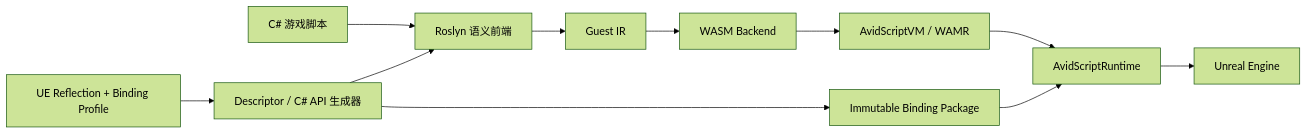
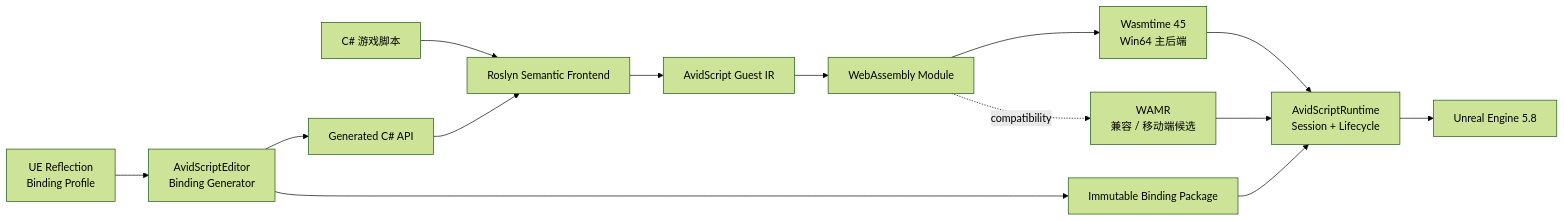
Before and after one commit to Avidel-zzz/AvidScript: the first of 2 diagrams in README.md, drawn with Mermaid (forest theme). The commit also changed other lines of this file and 3 other files, not shown here.

````diff
--- a/README.md
+++ b/README.md
@@ -61,13 +151,18 @@
 ```mermaid
 flowchart LR
-    CSharp["C# 游戏脚本"] --> Roslyn["Roslyn 语义前端"]
-    Profile["UE Reflection + Binding Profile"] --> Generator["Descriptor / C# API 生成器"]
-    Generator --> Roslyn
-    Roslyn --> IR["Guest IR"]
-    IR --> Wasm["WASM Backend"]
-    Wasm --> WAMR["AvidScriptVM / WAMR"]
+    Reflection["UE Reflection<br/>Binding Profile"] --> Generator["AvidScriptEditor<br/>Binding Generator"]
+    Generator --> API["Generated C# API"]
     Generator --> Package["Immutable Binding Package"]
-    Package --> Runtime["AvidScriptRuntime"]
+
+    Script["C# 游戏脚本"] --> Roslyn["Roslyn Semantic Frontend"]
+    API --> Roslyn
+    Roslyn --> IR["AvidScript Guest IR"]
+    IR --> Wasm["WebAssembly Module"]
+
+    Wasm --> Wasmtime["Wasmtime 45<br/>Win64 主后端"]
+    Wasm -. compatibility .-> WAMR["WAMR<br/>兼容 / 移动端候选"]
+    Wasmtime --> Runtime["AvidScriptRuntime<br/>Session + Lifecycle"]
     WAMR --> Runtime
-    Runtime --> UE["Unreal Engine"]
+    Package --> Runtime
+    Runtime --> UE["Unreal Engine 5.8"]
 ```
````
